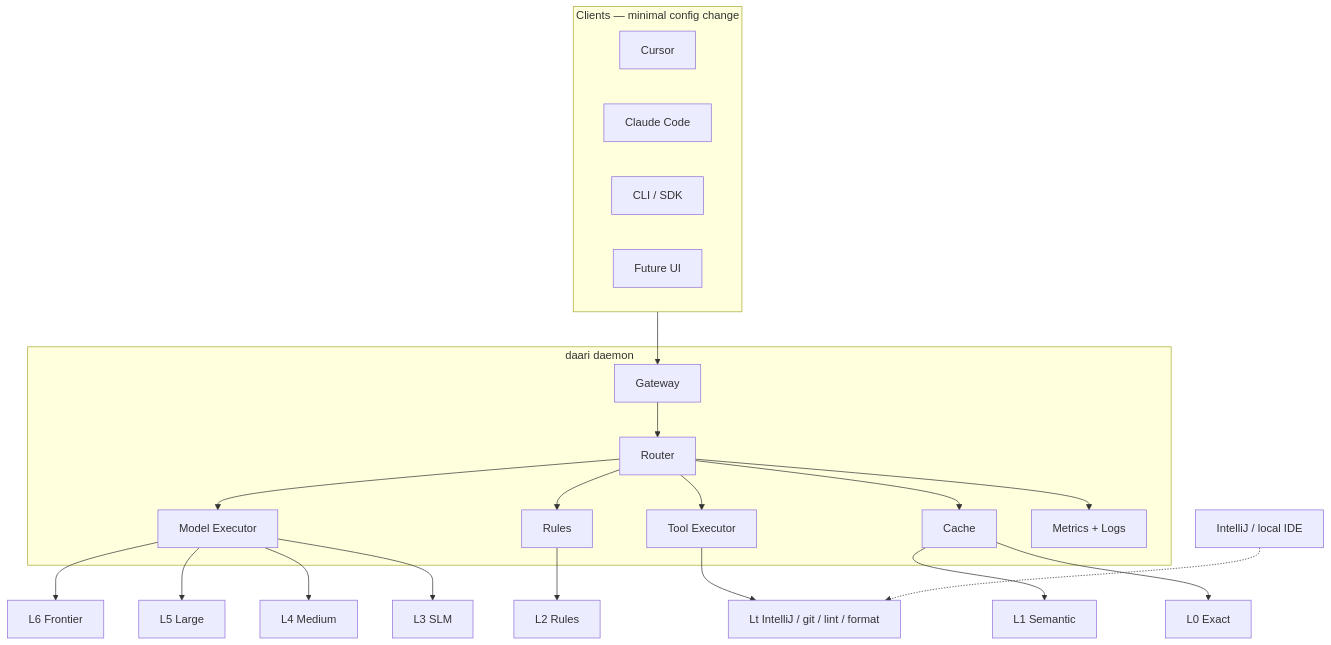
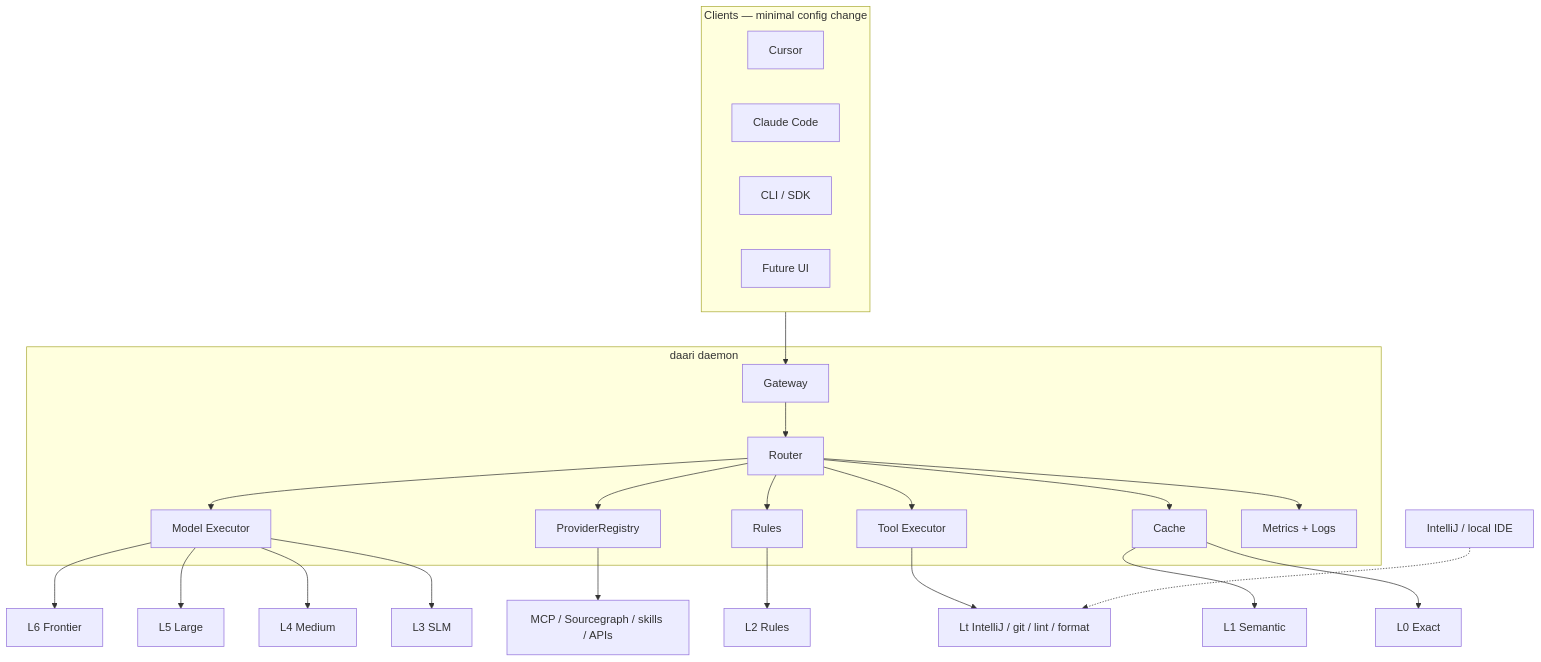
The diagram in docs/prd/PRD.md (naveenreddyalka/daari), drawn with Mermaid before and after one commit. The commit also changed other lines of this file and 10 other files, not shown here.

````diff
--- a/docs/prd/PRD.md
+++ b/docs/prd/PRD.md
@@ -301,31 +327,33 @@
 ```mermaid
 flowchart TB
     subgraph clients [Clients — minimal config change]
         Cursor
         ClaudeCode[Claude Code]
         CLI[CLI / SDK]
         UI[Future UI]
     end
 
     clients --> Gateway
 
     subgraph daari [daari daemon]
         Gateway --> Router
         Router --> Cache
         Router --> Rules
         Router --> Tools[Tool Executor]
+        Router --> Providers[ProviderRegistry]
         Router --> Models[Model Executor]
         Router --> Obs[Metrics + Logs]
     end
 
     Cache --> L0[L0 Exact]
     Cache --> L1[L1 Semantic]
     Rules --> L2[L2 Rules]
     Tools --> Lt[Lt IntelliJ / git / lint / format]
+    Providers --> Integ[MCP / Sourcegraph / skills / APIs]
     Models --> L3[L3 SLM]
     Models --> L4[L4 Medium]
     Models --> L5[L5 Large]
     Models --> L6[L6 Frontier]
 
     IntelliJ[IntelliJ / local IDE] -.-> Lt
 ```
````
